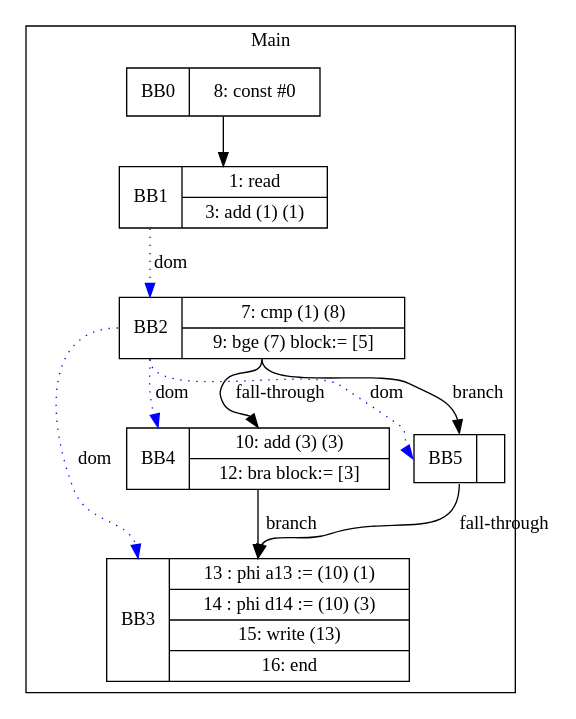
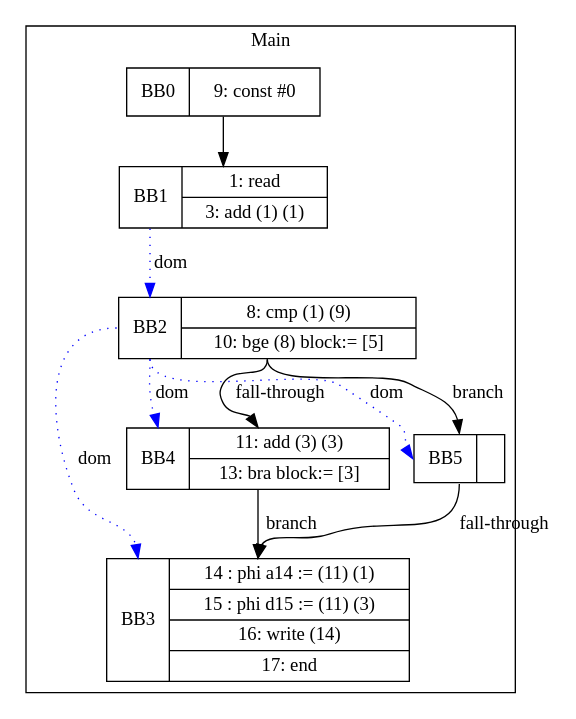
Before and after one commit to zjc664656505/UCI-CS241-Advanced-Compiler-main: the diagram in visualization/sample_test.gv, drawn with Graphviz. The commit also changed 8 other files, not shown here.

```diff
--- a/visualization/sample_test.gv
+++ b/visualization/sample_test.gv
@@ -1,21 +1,21 @@
 digraph G {
 node [shape=record];
 subgraph cluster_main{
 label = "Main";
-BB0 [shape=record, label="<b>BB0|{8: const #0}"];
+BB0 [shape=record, label="<b>BB0|{9: const #0}"];
 BB1 [shape=record, label="<b>BB1|{1: read|3: add (1) (1)}"];
-BB2 [shape=record, label="<b>BB2|{7: cmp (1) (8)|9: bge (7) block:= [5]}"];
-BB3 [shape=record, label="<b>BB3|{13 : phi a13 := (10) (1)|14 : phi d14 := (10) (3)|15: write (13)|16: end}"];
-BB4 [shape=record, label="<b>BB4|{10: add (3) (3)|12: bra block:= [3]}"];
+BB2 [shape=record, label="<b>BB2|{8: cmp (1) (9)|10: bge (8) block:= [5]}"];
+BB3 [shape=record, label="<b>BB3|{14 : phi a14 := (11) (1)|15 : phi d15 := (11) (3)|16: write (14)|17: end}"];
+BB4 [shape=record, label="<b>BB4|{11: add (3) (3)|13: bra block:= [3]}"];
 BB5 [shape=record, label="<b>BB5|}"];
 }
 BB0:s -> BB1:n ;
 BB2:b -> BB3:b [color=blue, style=dotted, label="dom"];
 BB2:b -> BB4:b [color=blue, style=dotted, label="dom"];
 BB1:b -> BB2:b [color=blue, style=dotted, label="dom"];
 BB2:b -> BB5:b [color=blue, style=dotted, label="dom"];
 BB2:s -> BB5:n [label="branch"];
 BB4:s -> BB3:n [label="branch"];
 BB5:s -> BB3:n [label="fall-through"];
 BB2:s -> BB4:n [label="fall-through"];
 }
```
